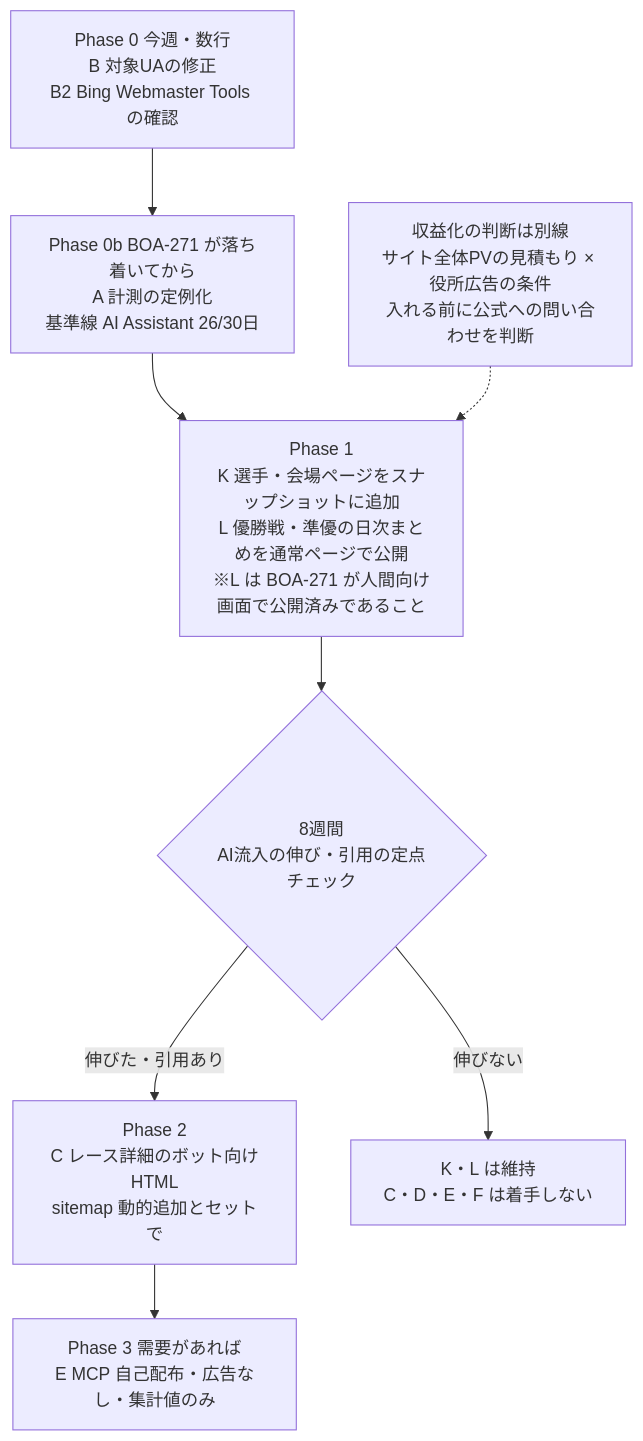
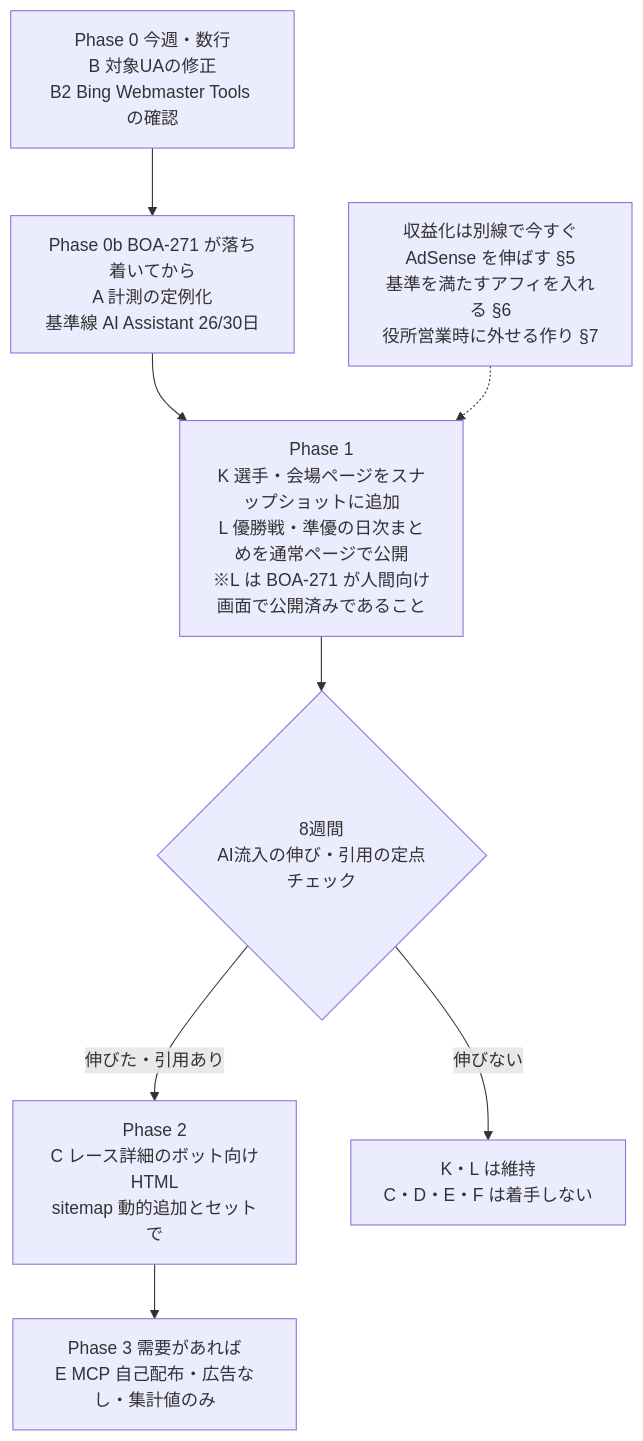
One commit to rhapsody0919/boatrace-ai-predictor changed the second of 2 diagrams in docs/proposal/ai-agent-era-strategy.md. Above: the diagram before and after it, drawn with Mermaid. The commit also changed other lines of this file, not shown here.

````diff
--- a/docs/proposal/ai-agent-era-strategy.md
+++ b/docs/proposal/ai-agent-era-strategy.md
@@ -89,10 +89,10 @@
 ```mermaid
 flowchart TD
   P0[Phase 0 今週・数行<br/>B 対象UAの修正<br/>B2 Bing Webmaster Tools の確認] --> P0b[Phase 0b BOA-271 が落ち着いてから<br/>A 計測の定例化<br/>基準線 AI Assistant 26/30日]
   P0b --> P1[Phase 1<br/>K 選手・会場ページをスナップショットに追加<br/>L 優勝戦・準優の日次まとめを通常ページで公開<br/>※L は BOA-271 が人間向け画面で公開済みであること]
   P1 --> W1{8週間<br/>AI流入の伸び・引用の定点チェック}
   W1 -->|伸びた・引用あり| P2[Phase 2<br/>C レース詳細のボット向けHTML<br/>sitemap 動的追加とセットで]
   W1 -->|伸びない| S[K・L は維持<br/>C・D・E・F は着手しない]
   P2 --> P3[Phase 3 需要があれば<br/>E MCP 自己配布・広告なし・集計値のみ]
-  R[収益化の判断は別線<br/>サイト全体PVの見積もり × 役所広告の条件<br/>入れる前に公式への問い合わせを判断] -.-> P1
+  R[収益化は別線で今すぐ<br/>AdSense を伸ばす §5<br/>基準を満たすアフィを入れる §6<br/>役所営業時に外せる作り §7] -.-> P1
 ```
````
